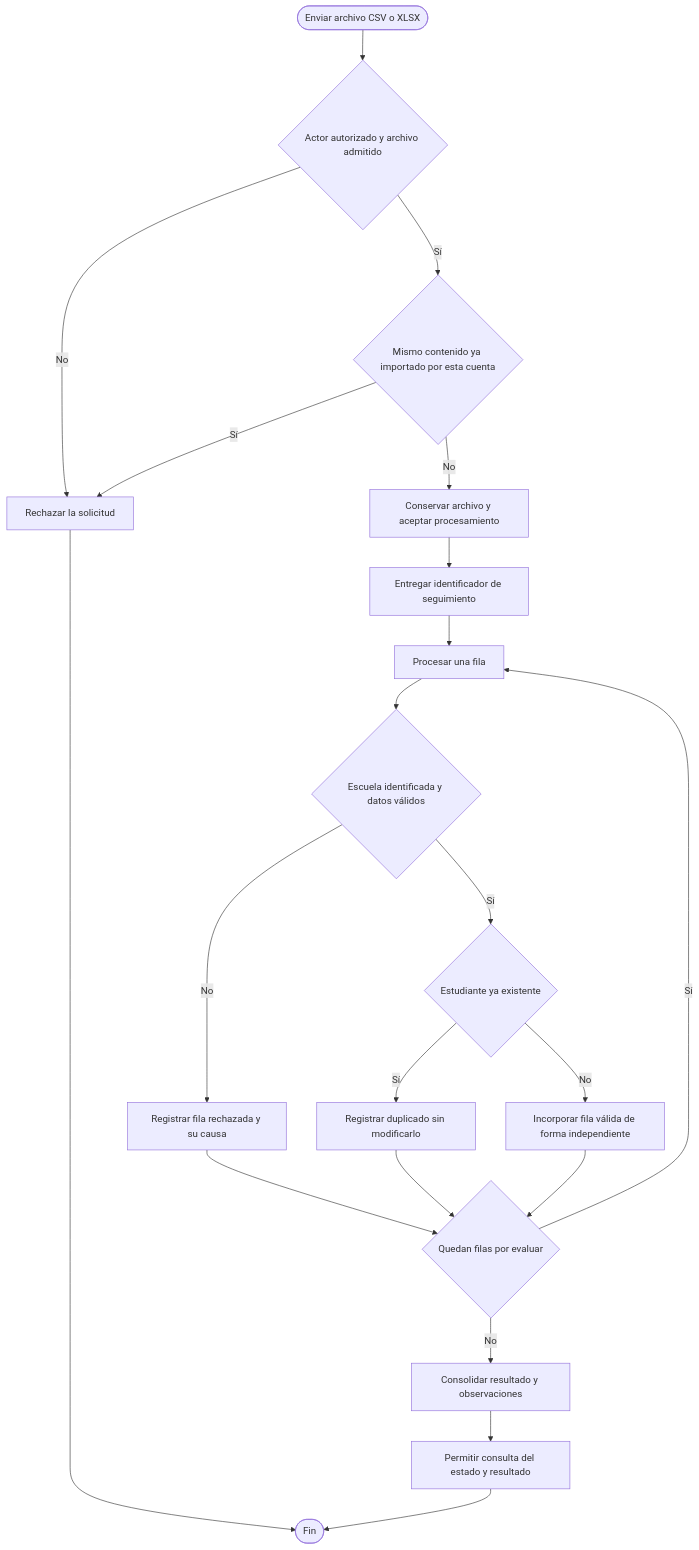
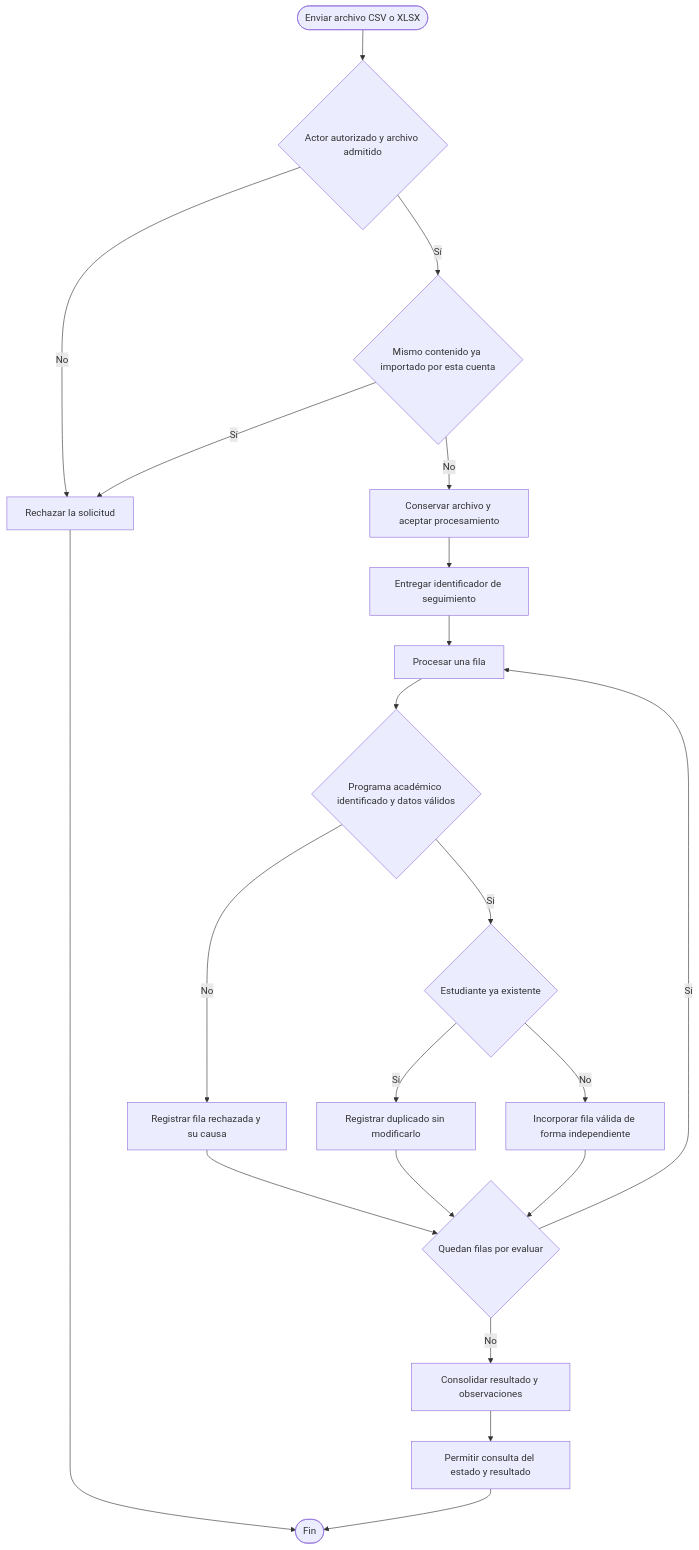
Before and after one commit to EderPanta18/academic-management-api: the sixth of 7 diagrams in docs/04-analysis/03-business-processes.md, drawn with Mermaid. The commit also changed other lines of this file and 22 other files, not shown here.

````diff
--- a/docs/04-analysis/03-business-processes.md
+++ b/docs/04-analysis/03-business-processes.md
@@ -134,23 +134,23 @@
 ```mermaid
 flowchart TD
     A([Enviar archivo CSV o XLSX]) --> B{Actor autorizado y archivo admitido}
     B -- No --> R[Rechazar la solicitud]
     B -- Sí --> C{Mismo contenido ya importado por esta cuenta}
     C -- Sí --> R
     C -- No --> D[Conservar archivo y aceptar procesamiento]
     D --> E[Entregar identificador de seguimiento]
     E --> F[Procesar una fila]
-    F --> G{Escuela identificada y datos válidos}
+    F --> G{Programa académico identificado y datos válidos}
     G -- No --> H[Registrar fila rechazada y su causa]
     G -- Sí --> I{Estudiante ya existente}
     I -- Sí --> J[Registrar duplicado sin modificarlo]
     I -- No --> K[Incorporar fila válida de forma independiente]
     H --> L{Quedan filas por evaluar}
     J --> L
     K --> L
     L -- Sí --> F
     L -- No --> M[Consolidar resultado y observaciones]
     M --> N[Permitir consulta del estado y resultado]
     N --> O([Fin])
     R --> O
 ```
````
